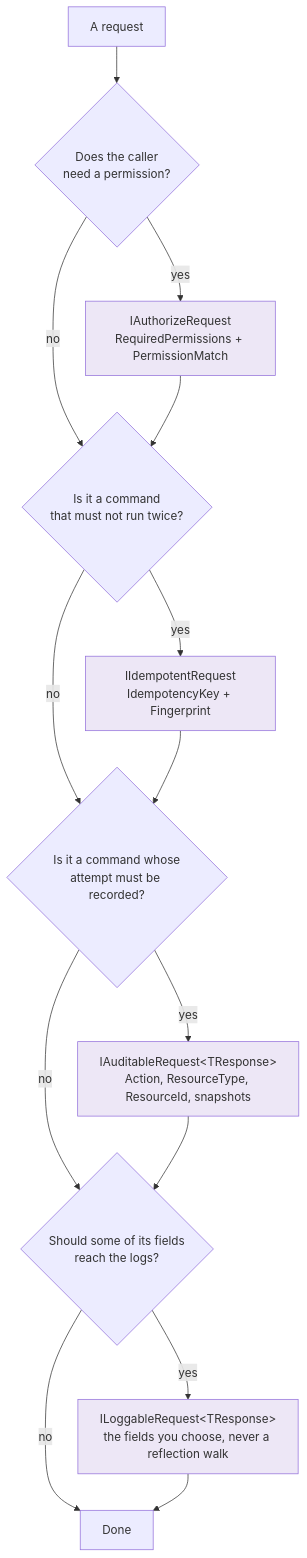
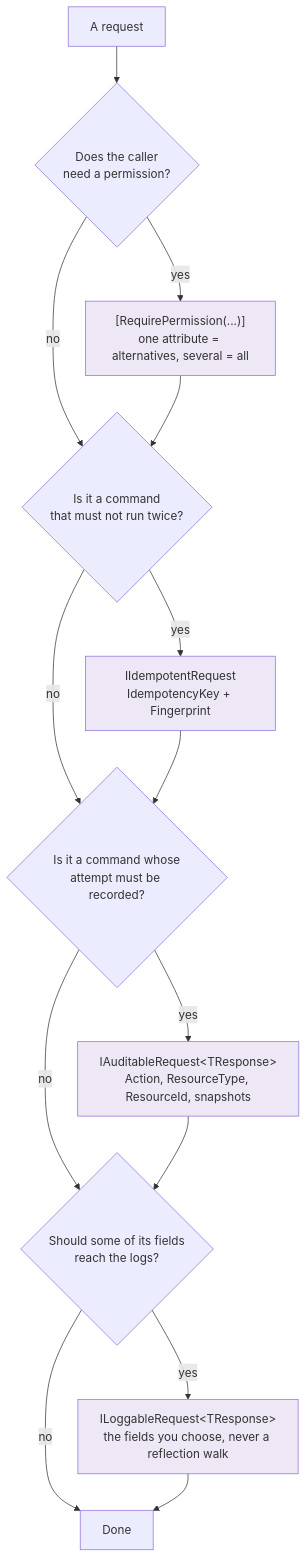
One commit to Gresta-Vertex-Labs/platform-shared-kernel changed the second of 3 diagrams in 05.Application/SharedKernel.Application.Pipeline/README.md. Above: the diagram before and after it, drawn with Mermaid. The commit also changed other lines of this file and 78 other files, not shown here.

````diff
--- a/05.Application/SharedKernel.Application.Pipeline/README.md
+++ b/05.Application/SharedKernel.Application.Pipeline/README.md
@@ -164,25 +167,25 @@
 ```mermaid
 flowchart TD
     Start["A request"]
     Start --> P{"Does the caller<br/>need a permission?"}
-    P -- yes --> P1["IAuthorizeRequest<br/>RequiredPermissions + PermissionMatch"]
+    P -- yes --> P1["[RequirePermission(...)]<br/>one attribute = alternatives, several = all"]
     P -- no --> D
 
     P1 --> D{"Is it a command<br/>that must not run twice?"}
     D -- yes --> D1["IIdempotentRequest<br/>IdempotencyKey + Fingerprint"]
     D -- no --> A
 
     D1 --> A{"Is it a command whose<br/>attempt must be recorded?"}
     A -- yes --> A1["IAuditableRequest&lt;TResponse&gt;<br/>Action, ResourceType, ResourceId, snapshots"]
     A -- no --> L
 
     A1 --> L{"Should some of its fields<br/>reach the logs?"}
     L -- yes --> L1["ILoggableRequest&lt;TResponse&gt;<br/>the fields you choose, never a reflection walk"]
     L -- no --> Done["Done"]
     L1 --> Done
 
     style P1 fill:#ede7f6
     style D1 fill:#ede7f6
     style A1 fill:#ede7f6
     style L1 fill:#ede7f6
 ```
````
